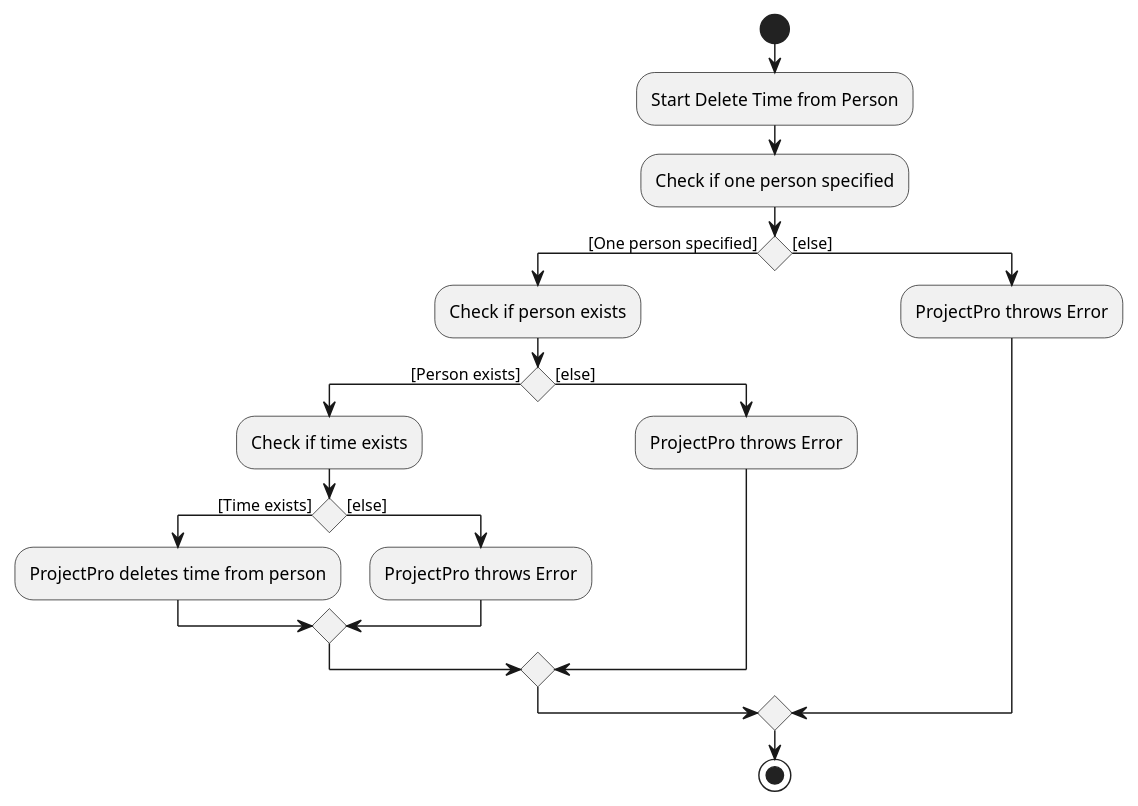
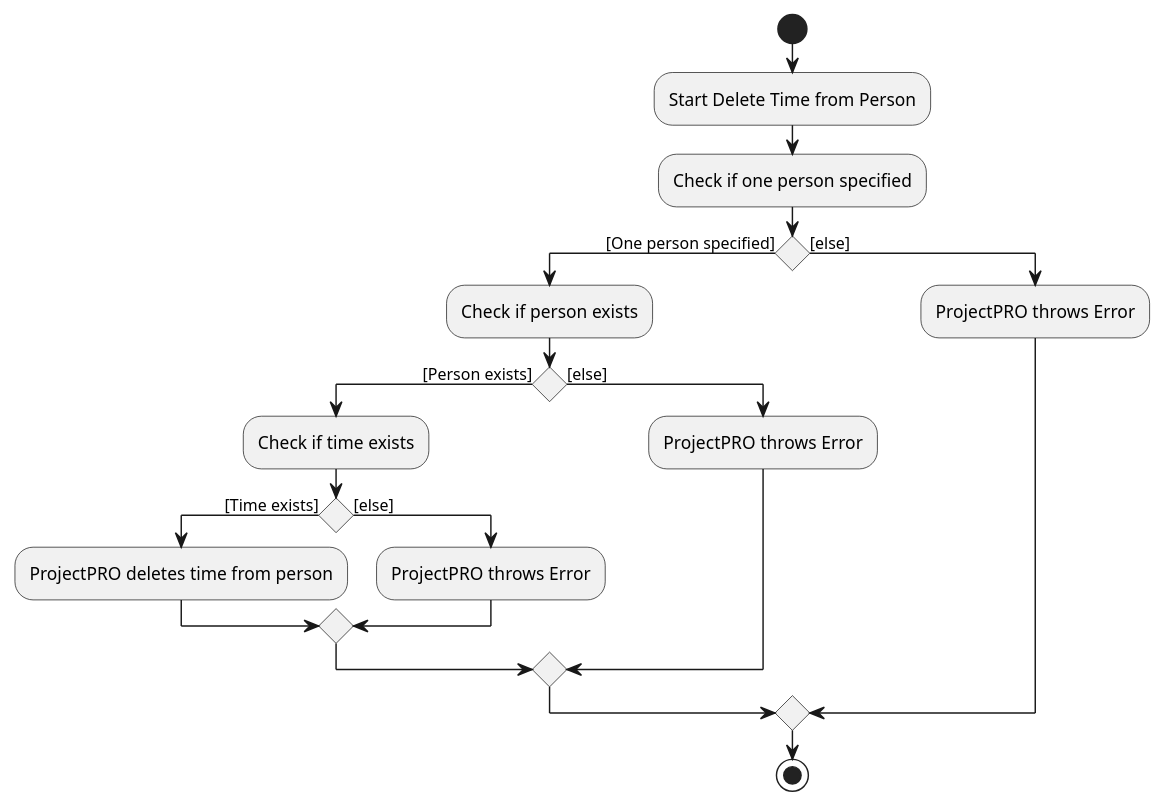
The diagram in diagrams/DeletePersonTimeActivityDiagram.puml (Kailash201/tp), drawn with PlantUML before and after one commit. The commit also changed 146 other files, not shown here.

```diff
--- a/diagrams/DeletePersonTimeActivityDiagram.puml
+++ b/diagrams/DeletePersonTimeActivityDiagram.puml
@@ -1,25 +1,25 @@
 @startuml
 'https://plantuml.com/activity-diagram-beta
 
 start
 :Start Delete Time from Person;
 :Check if one person specified;
 if () then ([One person specified])
   :Check if person exists;
   if () then ([Person exists])
     :Check if time exists;
     if () then ([Time exists])
-      :ProjectPro deletes time from person;
+      :ProjectPRO deletes time from person;
     else ([else])
-      :ProjectPro throws Error;
+      :ProjectPRO throws Error;
     endif
   else ([else])
-    :ProjectPro throws Error;
+    :ProjectPRO throws Error;
   endif
 else ([else])
-  :ProjectPro throws Error;
+  :ProjectPRO throws Error;
 endif
 
 stop
 
 @enduml
```
